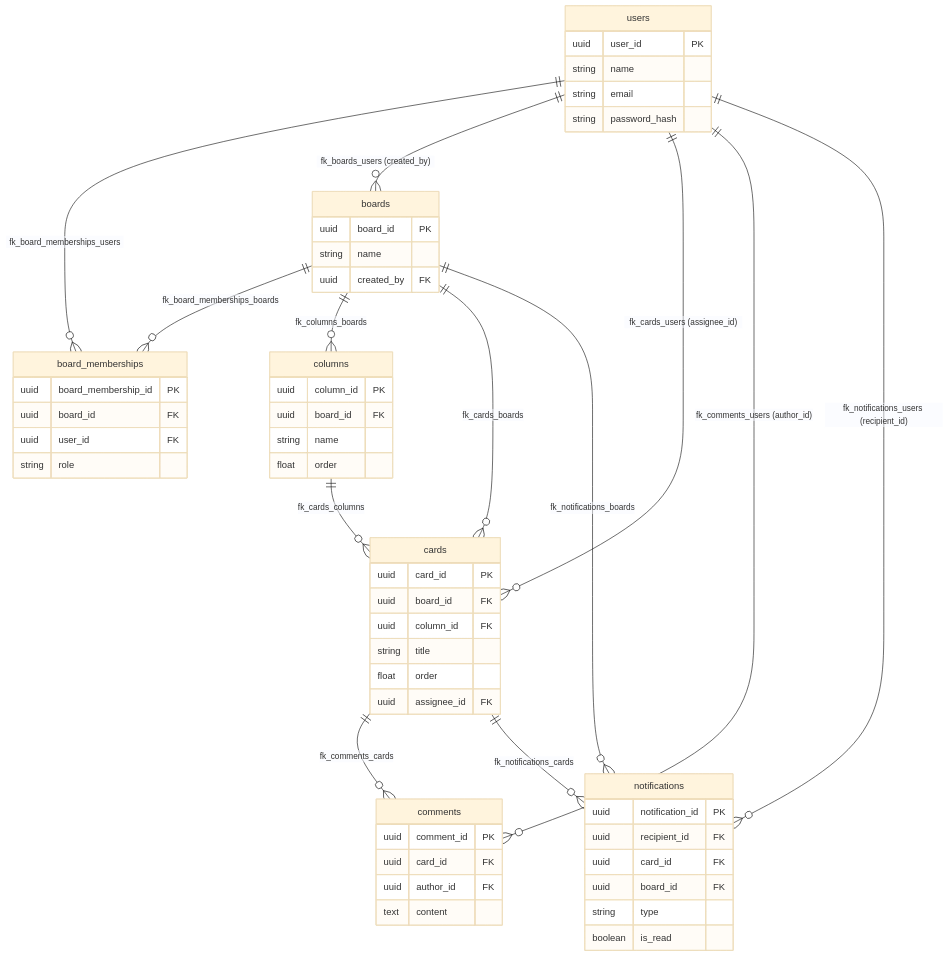
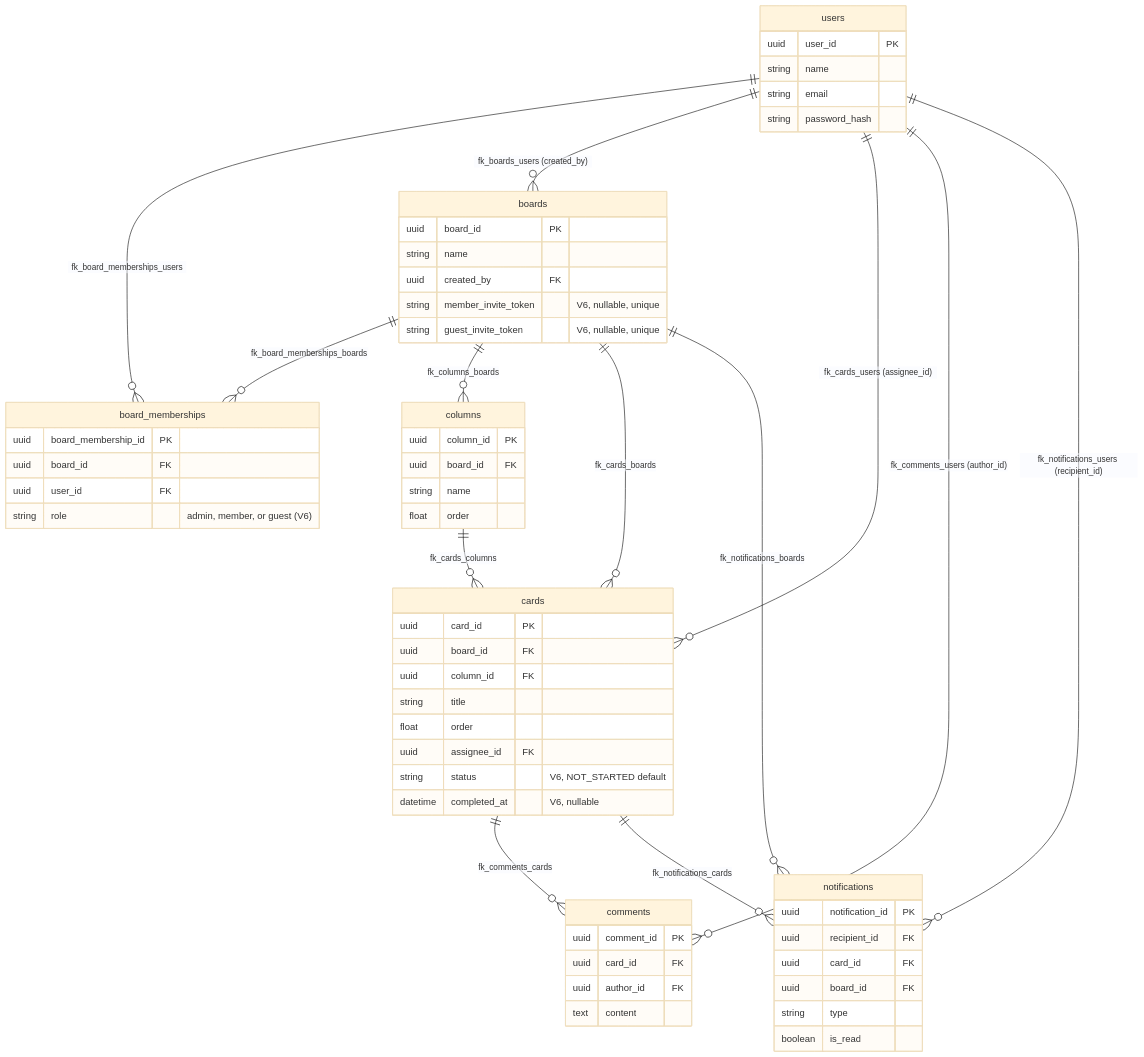
One commit to Revou-FSSE-Jun26/module-4-jonathanchristian changed diagram 11 of 12 in .kiro/specs/kano/design.md. Above: the diagram before and after it, drawn with Mermaid (base theme). The commit also changed other lines of this file and 3 other files, not shown here.

````diff
--- a/.kiro/specs/kano/design.md
+++ b/.kiro/specs/kano/design.md
@@ -784,60 +1116,64 @@
 ```mermaid
 erDiagram
     users ||--o{ board_memberships : "fk_board_memberships_users"
     boards ||--o{ board_memberships : "fk_board_memberships_boards"
     users ||--o{ boards : "fk_boards_users (created_by)"
     boards ||--o{ columns : "fk_columns_boards"
     boards ||--o{ cards : "fk_cards_boards"
     columns ||--o{ cards : "fk_cards_columns"
     users ||--o{ cards : "fk_cards_users (assignee_id)"
     cards ||--o{ comments : "fk_comments_cards"
     users ||--o{ comments : "fk_comments_users (author_id)"
     users ||--o{ notifications : "fk_notifications_users (recipient_id)"
     cards ||--o{ notifications : "fk_notifications_cards"
     boards ||--o{ notifications : "fk_notifications_boards"
     users {
         uuid user_id PK
         string name
         string email
         string password_hash
     }
     boards {
         uuid board_id PK
         string name
         uuid created_by FK
+        string member_invite_token "V6, nullable, unique"
+        string guest_invite_token "V6, nullable, unique"
     }
     board_memberships {
         uuid board_membership_id PK
         uuid board_id FK
         uuid user_id FK
-        string role
+        string role "admin, member, or guest (V6)"
     }
     columns {
         uuid column_id PK
         uuid board_id FK
         string name
         float order
     }
     cards {
         uuid card_id PK
         uuid board_id FK
         uuid column_id FK
         string title
         float order
         uuid assignee_id FK
+        string status "V6, NOT_STARTED default"
+        datetime completed_at "V6, nullable"
     }
     comments {
         uuid comment_id PK
         uuid card_id FK
         uuid author_id FK
         text content
     }
     notifications {
         uuid notification_id PK
         uuid recipient_id FK
         uuid card_id FK
         uuid board_id FK
         string type
         boolean is_read
     }
 ```
````
